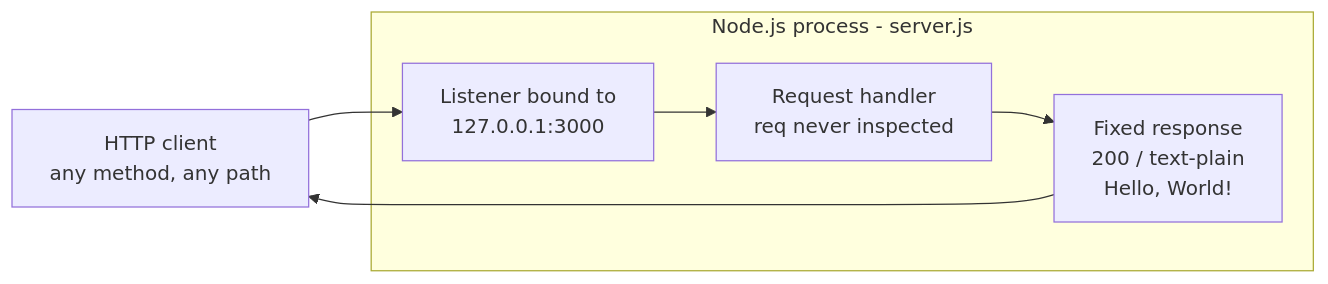
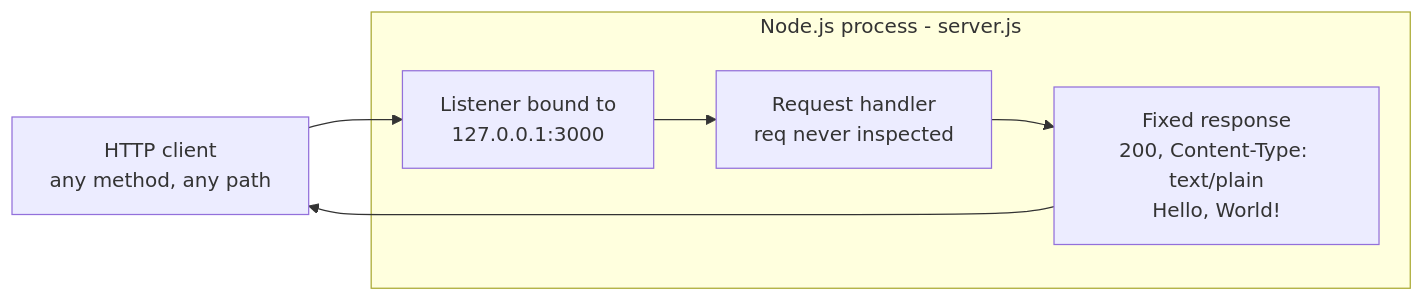
Before and after one commit to ajitblitzy/Ajit_GH_Repo-12-Mar-26: the first of 3 diagrams in README.md, drawn with Mermaid. The commit also changed other lines of this file and 1 other file, not shown here.

````diff
--- a/README.md
+++ b/README.md
@@ -141,13 +209,13 @@
 ```mermaid
 flowchart LR
     C["HTTP client<br/>any method, any path"]
     subgraph P["Node.js process - server.js"]
         L["Listener bound to<br/>127.0.0.1:3000"]
         H["Request handler<br/>req never inspected"]
-        R["Fixed response<br/>200 / text-plain<br/>Hello, World!"]
+        R["Fixed response<br/>200, Content-Type: text/plain<br/>Hello, World!"]
     end
     C --> L
     L --> H
     H --> R
     R --> C
 ```
````
